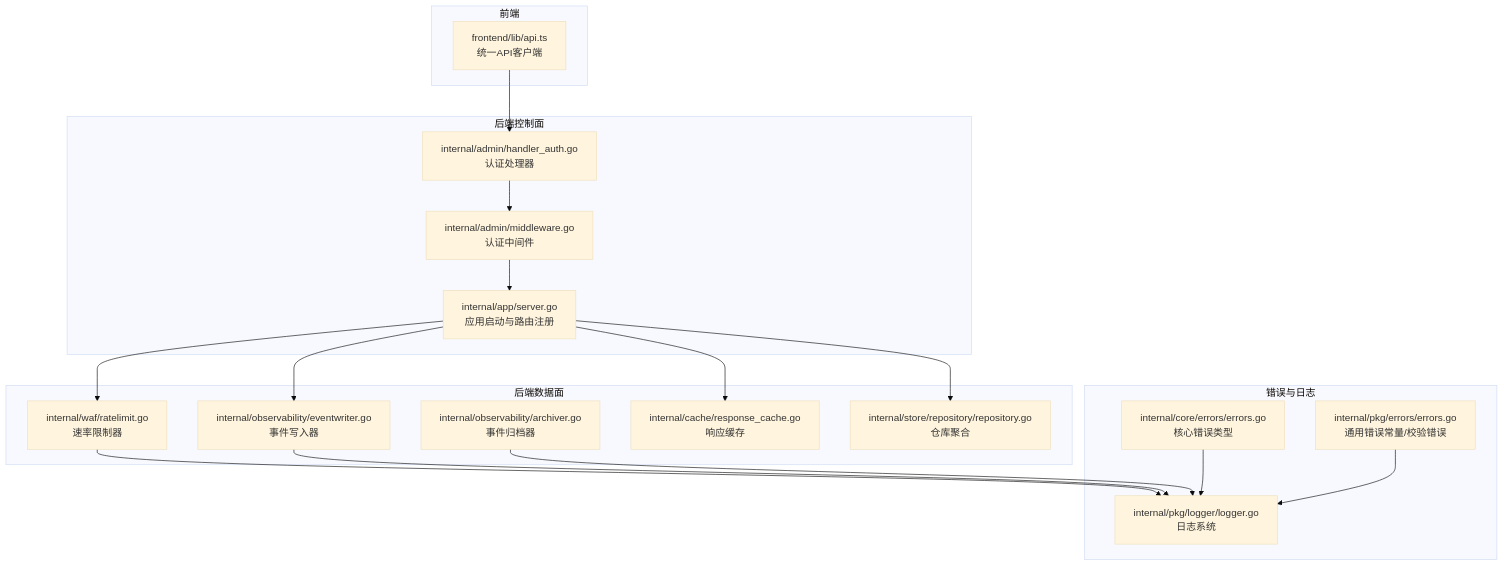
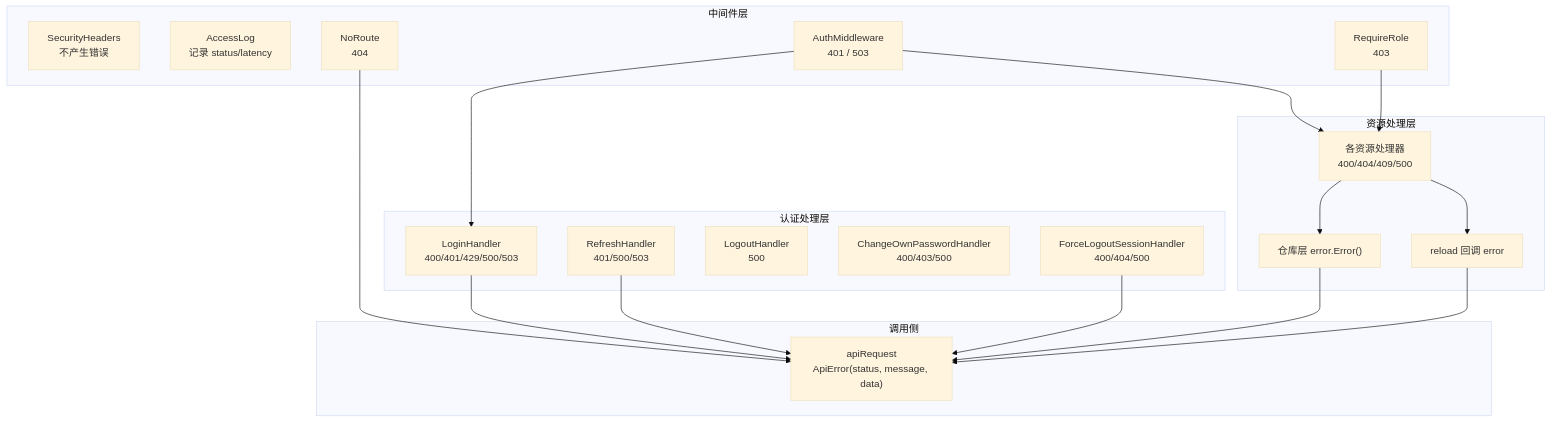
One commit to x01n/My-OpenWaf changed the first of 5 diagrams in docs/管理 API 系统/REST API 设计规范/错误处理机制.md. Above: the diagram before and after it, drawn with Mermaid (base theme). The commit also changed other lines of this file and 622 other files, not shown here.

````diff
--- a/docs/管理 API 系统/REST API 设计规范/错误处理机制.md
+++ b/docs/管理 API 系统/REST API 设计规范/错误处理机制.md
@@ -56,35 +57,36 @@
 ```mermaid
 graph TB
-subgraph "前端"
-FE_API["frontend/lib/api.ts<br/>统一API客户端"]
+subgraph "中间件层"
+SH["SecurityHeaders<br/>不产生错误"]
+AL["AccessLog<br/>记录 status/latency"]
+AM["AuthMiddleware<br/>401 / 503"]
+RR["RequireRole<br/>403"]
+NR["NoRoute<br/>404"]
 end
-subgraph "后端控制面"
-AUTH_MW["internal/admin/middleware.go<br/>认证中间件"]
-AUTH_HDL["internal/admin/handler_auth.go<br/>认证处理器"]
-APP_RUN["internal/app/server.go<br/>应用启动与路由注册"]
+subgraph "认证处理层"
+LH["LoginHandler<br/>400/401/429/500/503"]
+RH["RefreshHandler<br/>401/500/503"]
+LOH["LogoutHandler<br/>500"]
+CP["ChangeOwnPasswordHandler<br/>400/403/500"]
+FL["ForceLogoutSessionHandler<br/>400/404/500"]
 end
-subgraph "后端数据面"
-RATE["internal/waf/ratelimit.go<br/>速率限制器"]
-EVENTW["internal/observability/eventwriter.go<br/>事件写入器"]
-ARCH["internal/observability/archiver.go<br/>事件归档器"]
-CACHE["internal/cache/response_cache.go<br/>响应缓存"]
-REPOS["internal/store/repository/repository.go<br/>仓库聚合"]
+subgraph "资源处理层"
+RES["各资源处理器<br/>400/404/409/500"]
+REPO["仓库层 error.Error()"]
+RL["reload 回调 error"]
 end
-subgraph "错误与日志"
-CORE_ERR["internal/core/errors/errors.go<br/>核心错误类型"]
-PKG_ERR["internal/pkg/errors/errors.go<br/>通用错误常量/校验错误"]
-LOGGER["internal/pkg/logger/logger.go<br/>日志系统"]
+subgraph "调用侧"
+FE["apiRequest<br/>ApiError(status, message, data)"]
 end
-FE_API --> AUTH_HDL
-AUTH_HDL --> AUTH_MW
-AUTH_MW --> APP_RUN
-APP_RUN --> RATE
-APP_RUN --> EVENTW
-APP_RUN --> CACHE
-APP_RUN --> REPOS
-RATE --> LOGGER
-EVENTW --> LOGGER
-ARCH --> LOGGER
-CORE_ERR --> LOGGER
-PKG_ERR --> LOGGER
+AM --> LH
+AM --> RES
+RR --> RES
+NR --> FE
+LH --> FE
+RH --> FE
+FL --> FE
+RES --> REPO
+RES --> RL
+REPO --> FE
+RL --> FE
 ```
````
